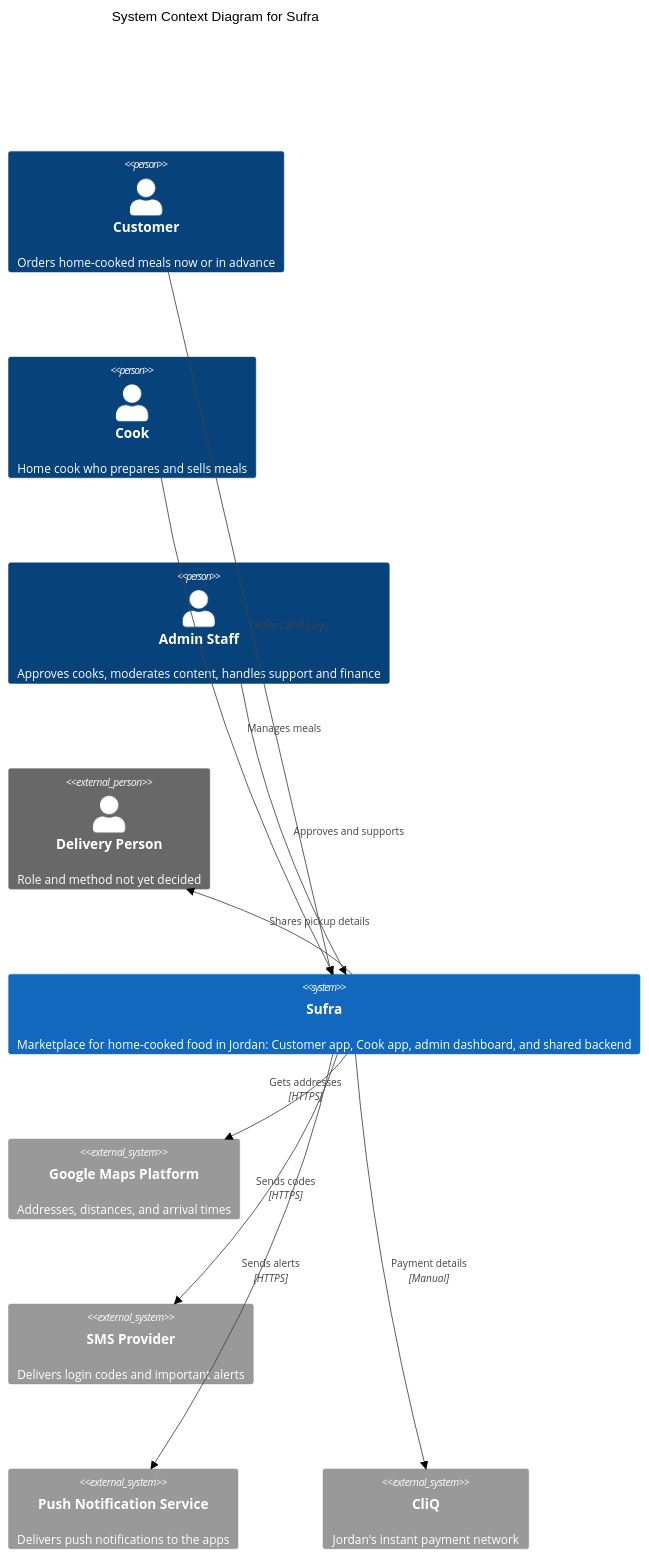
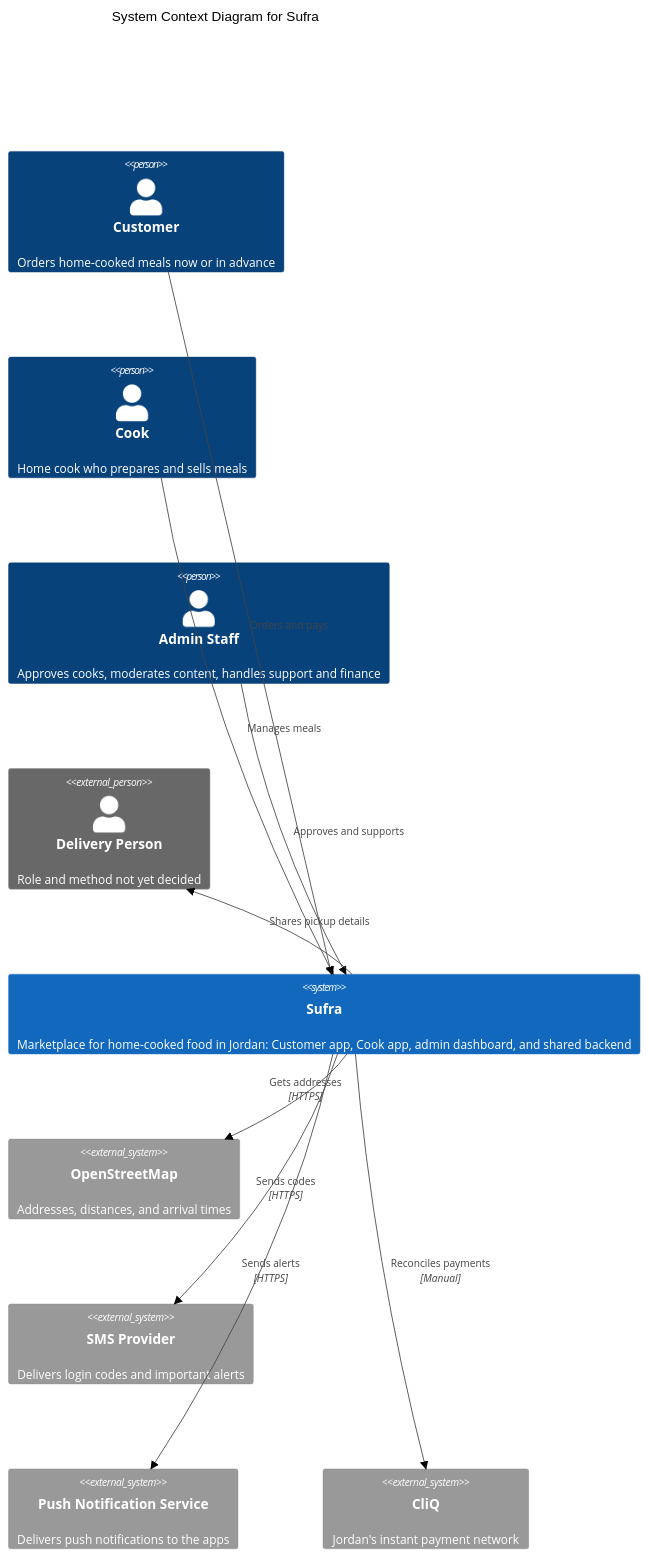
One commit to aboodaloqili350-hue/sufra-system-design changed the diagram in docs/diagrams/c4-01-system-context.mmd. Above: the diagram before and after it, drawn with Mermaid (neutral theme). The commit also changed 2 other files, not shown here.

Commit message:
Update C4 system context diagram and requirements for OpenStreetMap

```diff
--- a/docs/diagrams/c4-01-system-context.mmd
+++ b/docs/diagrams/c4-01-system-context.mmd
@@ -1,29 +1,30 @@
 C4Context
   title System Context Diagram for Sufra
 
   Person(customer, "Customer", "Orders home-cooked meals now or in advance")
   Person(cook, "Cook", "Home cook who prepares and sells meals")
   Person(admin, "Admin Staff", "Approves cooks, moderates content, handles support and finance")
   Person_Ext(delivery, "Delivery Person", "Role and method not yet decided")
 
   System(sufra, "Sufra", "Marketplace for home-cooked food in Jordan: Customer app, Cook app, admin dashboard, and shared backend")
 
-  System_Ext(maps, "Google Maps Platform", "Addresses, distances, and arrival times")
+  System_Ext(maps, "OpenStreetMap", "Addresses, distances, and arrival times")
   System_Ext(sms, "SMS Provider", "Delivers login codes and important alerts")
   System_Ext(push, "Push Notification Service", "Delivers push notifications to the apps")
   System_Ext(cliq, "CliQ", "Jordan's instant payment network")
 
   Rel(customer, sufra, "Orders and pays")
   Rel(cook, sufra, "Manages meals")
   Rel(admin, sufra, "Approves and supports")
   Rel(sufra, delivery, "Shares pickup details")
 
   Rel(sufra, maps, "Gets addresses", "HTTPS")
   Rel(sufra, sms, "Sends codes", "HTTPS")
   Rel(sufra, push, "Sends alerts", "HTTPS")
-  Rel(sufra, cliq, "Payment details", "Manual")
+  Rel(sufra, cliq, "Reconciles payments", "Manual")
+   
 
   UpdateRelStyle(sufra, maps, $offsetX="-20", $offsetY="-20")
   UpdateRelStyle(sufra, delivery, $offsetY="-15")
 
   UpdateLayoutConfig($c4ShapeInRow="3", $c4BoundaryInRow="1")
```
